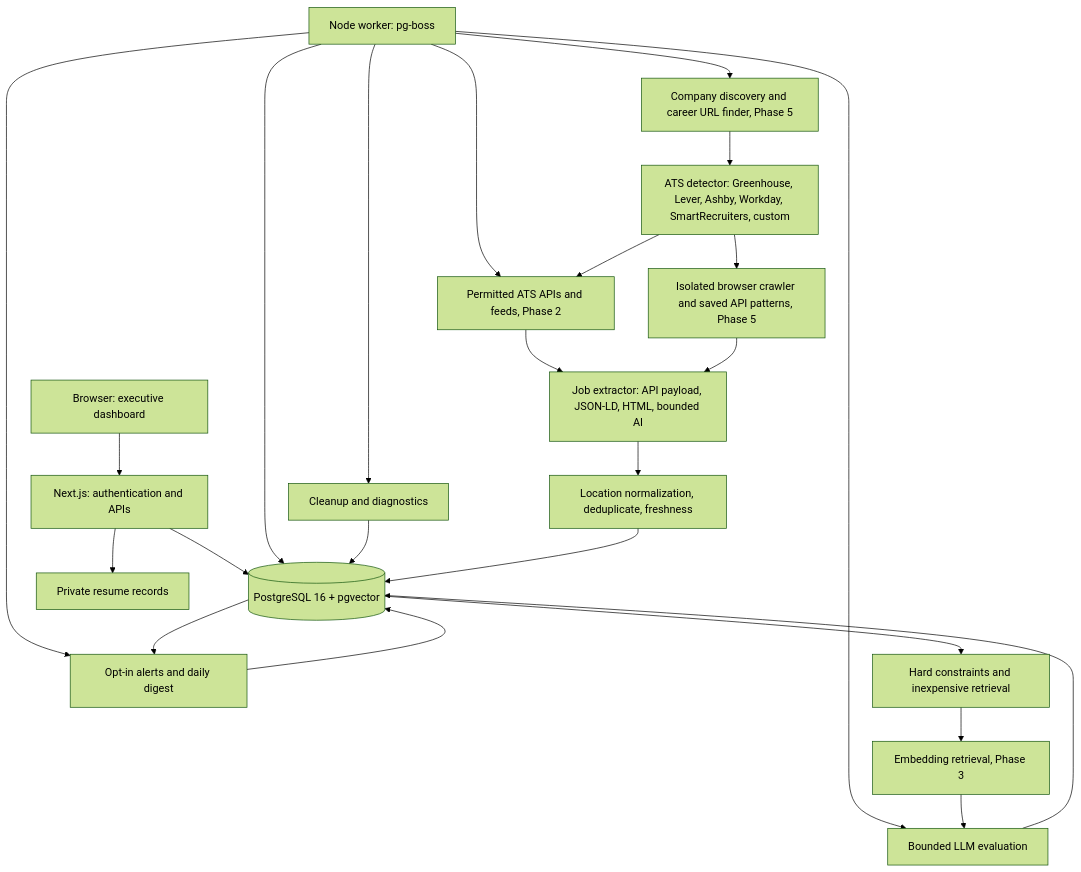
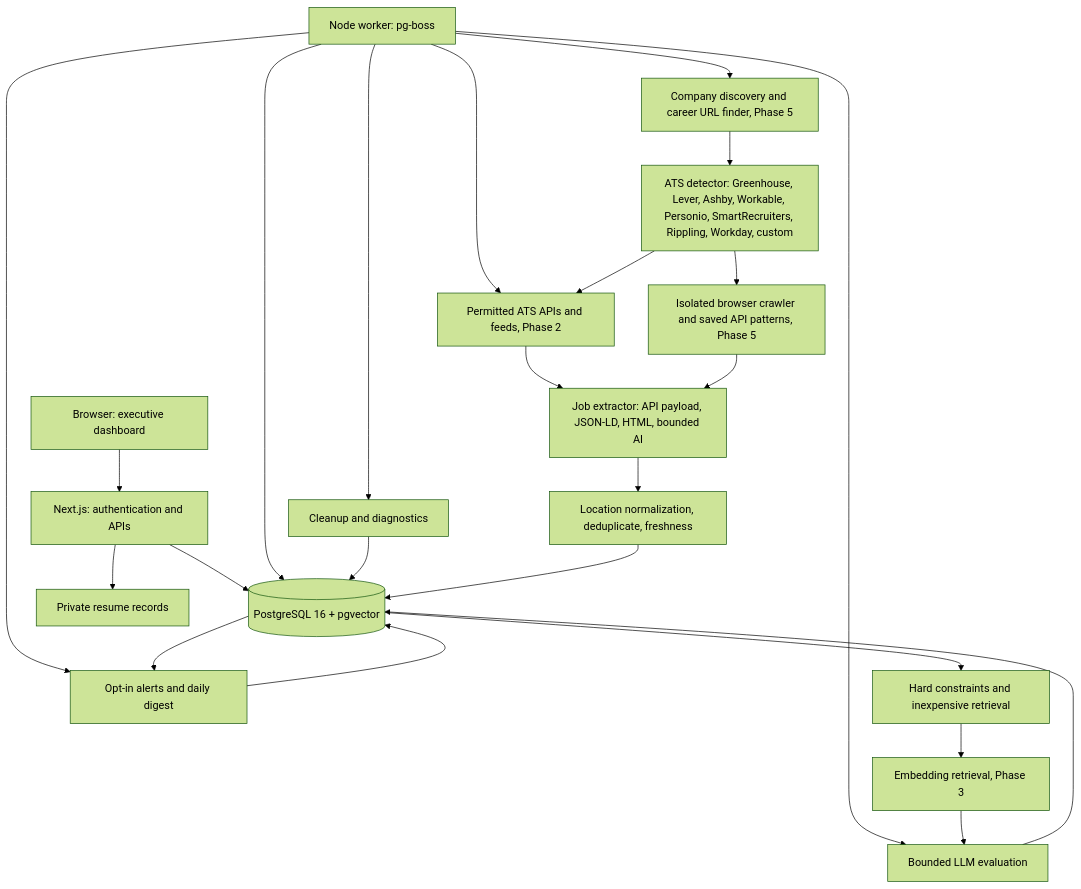
The diagram in doc/architecture.md (half-paul/job-finder), drawn with Mermaid (forest theme) before and after one commit. The commit also changed other lines of this file and 40 other files, not shown here.

````diff
--- a/doc/architecture.md
+++ b/doc/architecture.md
@@ -9,26 +9,26 @@
 ```mermaid
 flowchart TD
   Browser[Browser: executive dashboard] --> Web[Next.js: authentication and APIs]
   Web --> DB[(PostgreSQL 16 + pgvector)]
   Web --> Documents[Private resume records]
   Worker[Node worker: pg-boss] --> Sources
   Worker --> Evaluation
   Worker --> Alerts[Opt-in alerts and daily digest]
   Worker --> Maintenance[Cleanup and diagnostics]
   Worker --> DB
   Maintenance --> DB
   Alerts --> DB
   Worker --> Discovery[Company discovery and career URL finder, Phase 5]
-  Discovery --> Detector[ATS detector: Greenhouse, Lever, Ashby, Workday, SmartRecruiters, custom]
+  Discovery --> Detector[ATS detector: Greenhouse, Lever, Ashby, Workable, Personio, SmartRecruiters, Rippling, Workday, custom]
   Detector --> Sources[Permitted ATS APIs and feeds, Phase 2]
   Detector --> Crawler[Isolated browser crawler and saved API patterns, Phase 5]
   Sources --> Extract[Job extractor: API payload, JSON-LD, HTML, bounded AI]
   Crawler --> Extract
   Extract --> Normalize[Location normalization, deduplicate, freshness]
   Normalize --> DB
   DB --> Filter[Hard constraints and inexpensive retrieval]
   Filter --> Embeddings[Embedding retrieval, Phase 3]
   Embeddings --> Evaluation[Bounded LLM evaluation]
   Evaluation --> DB
   DB --> Alerts
 ```
````
